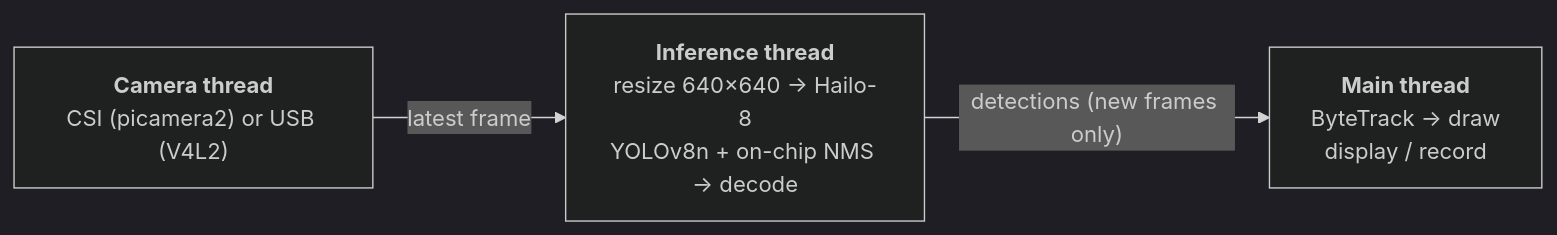
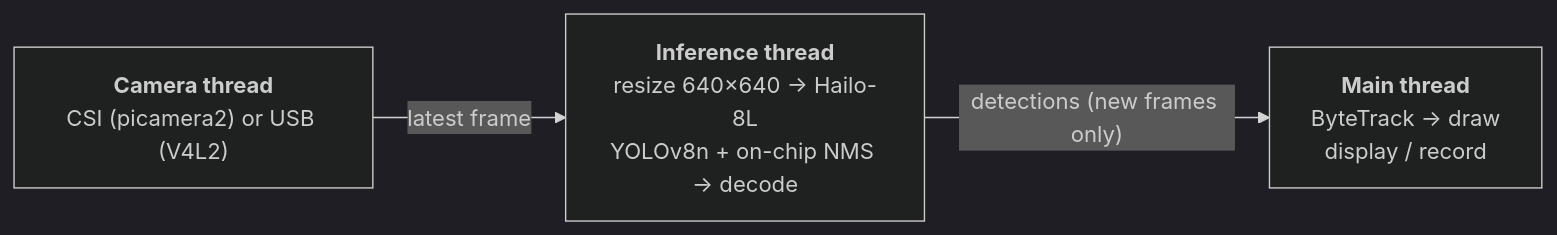
The diagram in README.md (aaronk2001/yolov8-hailo-pi5), drawn with Mermaid (dark theme) before and after one commit. The commit also changed other lines of this file and 5 other files, not shown here.

````diff
--- a/README.md
+++ b/README.md
@@ -102,7 +102,7 @@
 ```mermaid
 flowchart LR
     cam["<b>Camera thread</b><br/>CSI (picamera2) or USB (V4L2)"]
-    inf["<b>Inference thread</b><br/>resize 640×640 → Hailo-8<br/>YOLOv8n + on-chip NMS → decode"]
+    inf["<b>Inference thread</b><br/>resize 640×640 → Hailo-8L<br/>YOLOv8n + on-chip NMS → decode"]
     main["<b>Main thread</b><br/>ByteTrack → draw<br/>display / record"]
     cam -- "latest frame" --> inf -- "detections (new frames only)" --> main
 ```
````
